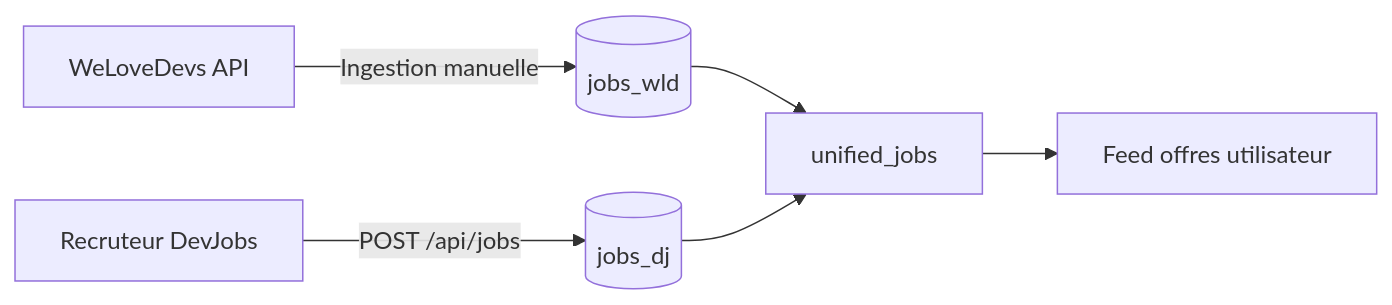
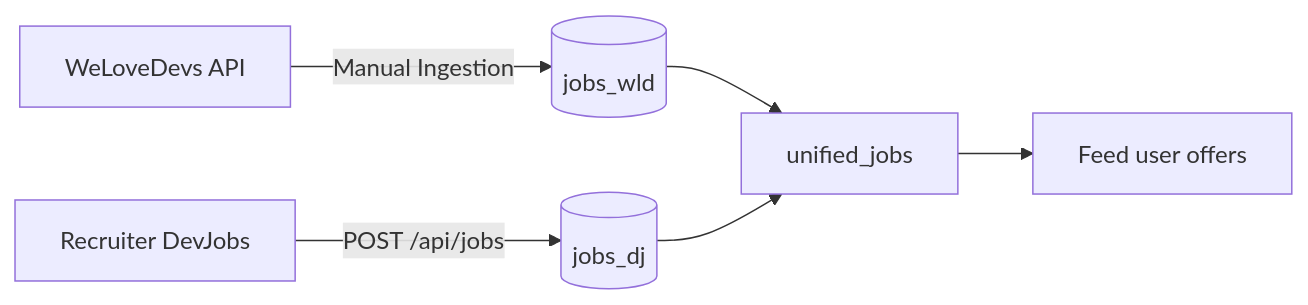
The diagram in Docs/ADR/ADR-product.md (MeghCH/Job-Aggregator-DevJob), drawn with Mermaid before and after one commit.

Commit message:
Fix: traduction du diagramme

````diff
--- a/Docs/ADR/ADR-product.md
+++ b/Docs/ADR/ADR-product.md
@@ -59,7 +59,7 @@
 ```mermaid
 flowchart LR
-    A[WeLoveDevs API] -->|Ingestion manuelle| B[(jobs_wld)]
-    C[Recruteur DevJobs] -->|POST /api/jobs| D[(jobs_dj)]
+    A[WeLoveDevs API] -->|Manual Ingestion| B[(jobs_wld)]
+    C[Recruiter DevJobs] -->|POST /api/jobs| D[(jobs_dj)]
     B & D --> E[unified_jobs]
-    E --> F[Feed offres utilisateur]
+    E --> F[Feed user offers]
 ```
````
